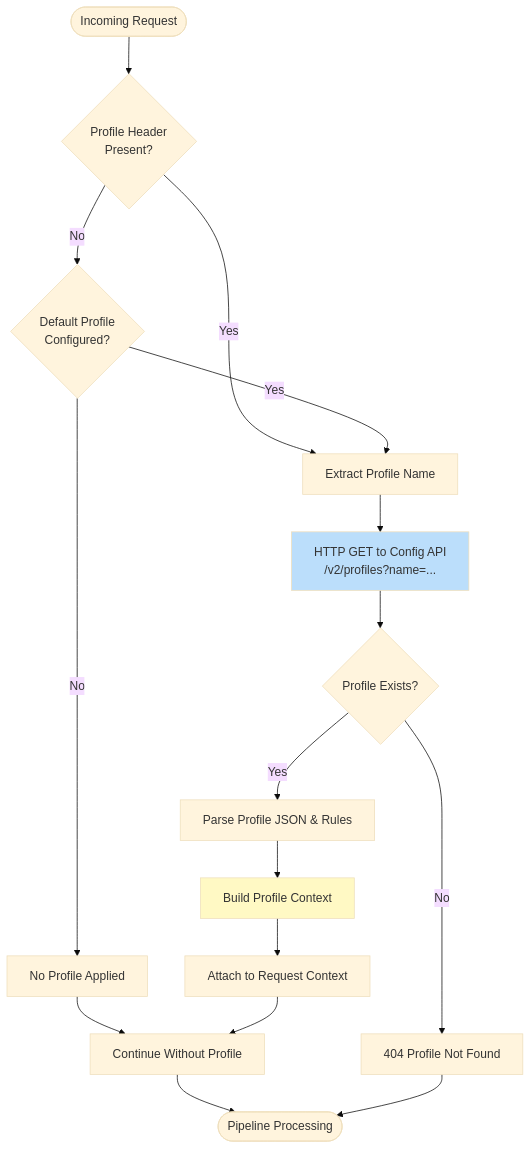
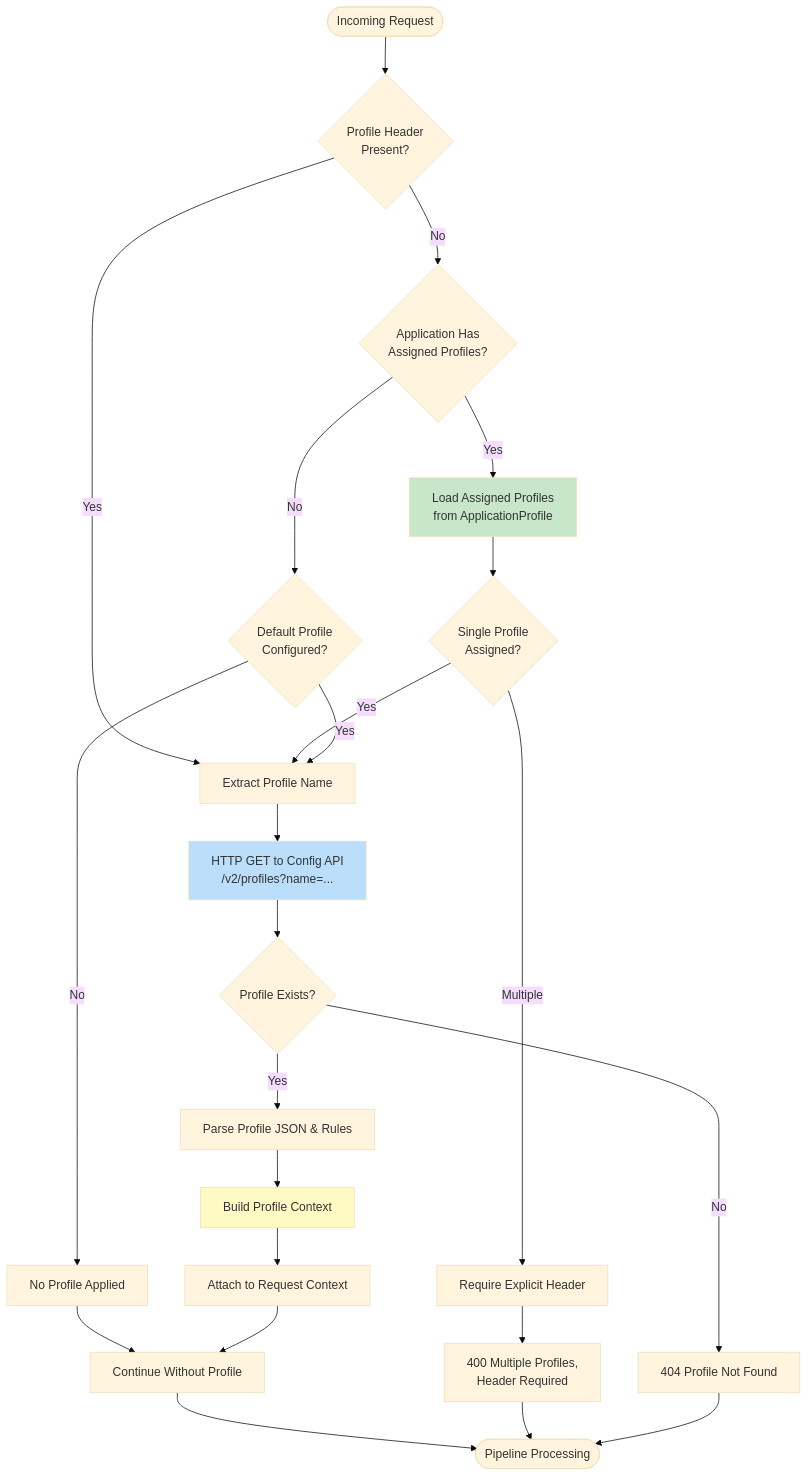
One commit to Ed-Fi-Alliance-OSS/Data-Management-Service changed the third of 5 diagrams in docs/Profiles/API-PROFILES-DESIGN.md. Above: the diagram before and after it, drawn with Mermaid (base theme). The commit also changed other lines of this file and 4 other files, not shown here.

````diff
--- a/docs/Profiles/API-PROFILES-DESIGN.md
+++ b/docs/Profiles/API-PROFILES-DESIGN.md
@@ -353,26 +441,37 @@
 ```mermaid
 flowchart TD
     Start([Incoming Request]) --> CheckHeader{Profile Header<br/>Present?}
     CheckHeader -->|Yes| ExtractName[Extract Profile Name]
-    CheckHeader -->|No| UseDefault{Default Profile<br/>Configured?}
+    CheckHeader -->|No| CheckAssignment{Application Has<br/>Assigned Profiles?}
+    
+    CheckAssignment -->|Yes| LoadAssigned[Load Assigned Profiles<br/>from ApplicationProfile]
+    CheckAssignment -->|No| UseDefault{Default Profile<br/>Configured?}
+    
+    LoadAssigned --> SingleProfile{Single Profile<br/>Assigned?}
+    SingleProfile -->|Yes| ExtractName
+    SingleProfile -->|Multiple| RequireHeader[Require Explicit Header]
+    
+    RequireHeader --> Error400[400 Multiple Profiles,<br/>Header Required]
     
     ExtractName --> CallConfigAPI[HTTP GET to Config API<br/>/v2/profiles?name=...]
     UseDefault -->|Yes| ExtractName
     UseDefault -->|No| NoProfile[No Profile Applied]
     
     CallConfigAPI --> ProfileExists{Profile Exists?}
     ProfileExists -->|Yes| LoadProfile[Parse Profile JSON & Rules]
     ProfileExists -->|No| Error404[404 Profile Not Found]
     
     LoadProfile --> BuildContext[Build Profile Context]
     
     BuildContext --> AttachToPipeline[Attach to Request Context]
     NoProfile --> Continue[Continue Without Profile]
     AttachToPipeline --> Continue
     Continue --> End([Pipeline Processing])
     
+    Error400 --> End
     Error404 --> End
     
     style CallConfigAPI fill:#bbdefb
     style BuildContext fill:#fff9c4
+    style LoadAssigned fill:#c8e6c9
 ```
````
